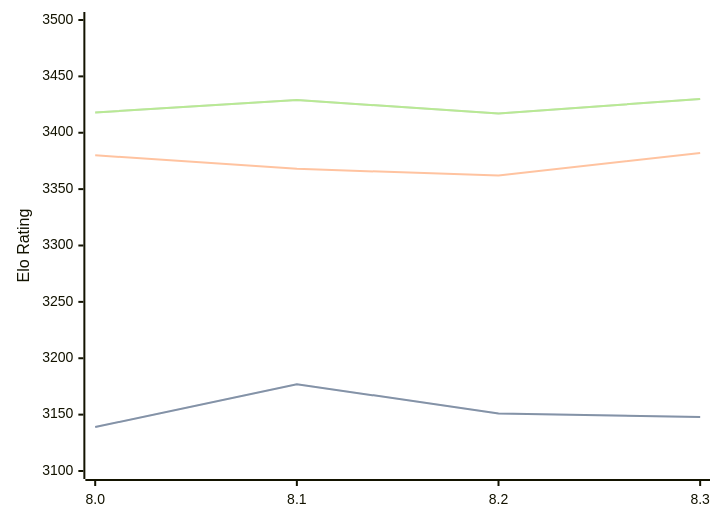
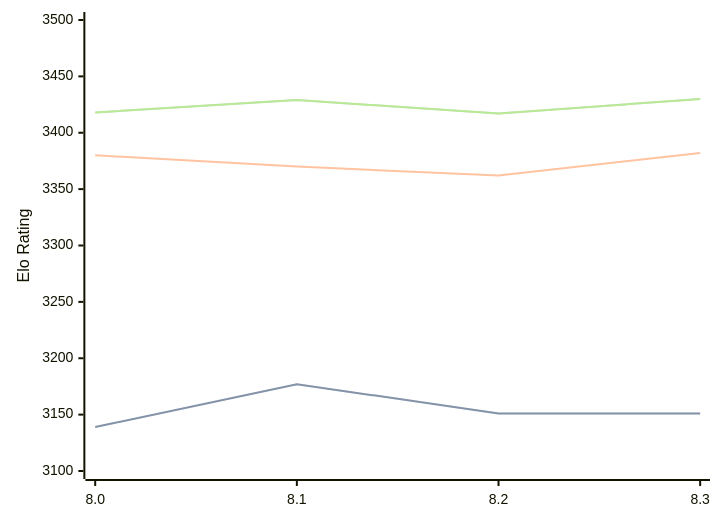
Before and after one commit to computer-chess-index/cci: the diagram in engines/Alexander.md, drawn with Mermaid. The commit also changed other lines of this file, not shown here.

````diff
--- a/engines/Alexander.md
+++ b/engines/Alexander.md
@@ -34,11 +34,11 @@
 ```mermaid
 %%{init: {"theme":"base","themeVariables":{"seriesColors:['#a3a3a3','#222221','#faa371']}}}%%
 xychart-beta
   x-axis ["8.0", "8.1", "8.2", "8.3"]
   y-axis "Elo Rating" 3100 --> 3500
-  line "" [3139, 3177, 3151, 3148]
-  line "STC (8.0+0.08s)" [3139, 3177, 3151, 3148]
-  line "LTC (60.0+0.60s)" [3380, 3368, 3362, 3382]
+  line "" [3139, 3177, 3151, 3151]
+  line "STC (8.0+0.08s)" [3139, 3177, 3151, 3151]
+  line "LTC (60.0+0.60s)" [3380, 3370, 3362, 3382]
   line "" [3418, 3429, 3417, 3430]
   line "VLTC (2m24s+1.12s)" [3418, 3429, 3417, 3430]
 ```
````
